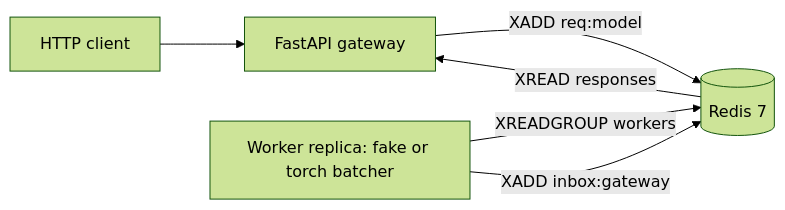
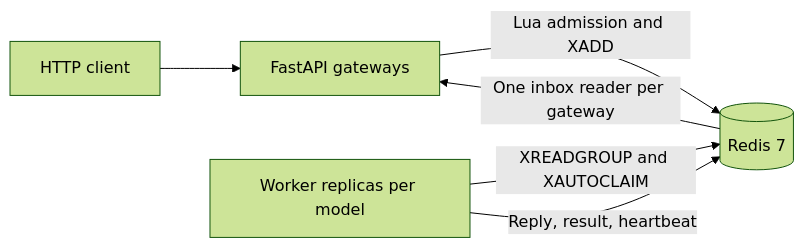
The first of 5 diagrams in docs/ARCHITECTURE.md (aashikazim/distributed-ml-Inference), drawn with Mermaid (forest theme) before and after one commit. The commit also changed other lines of this file and 15 other files, not shown here.

````diff
--- a/docs/ARCHITECTURE.md
+++ b/docs/ARCHITECTURE.md
@@ -10,8 +11,8 @@
 ```mermaid
 flowchart LR
-    C[HTTP client] --> G[FastAPI gateway]
-    G -->|XADD req:model| R[(Redis 7)]
-    W[Worker replica: fake or torch batcher] -->|XREADGROUP workers| R
-    W -->|XADD inbox:gateway| R
-    R -->|XREAD responses| G
+    C[HTTP client] --> G[FastAPI gateways]
+    G -->|Lua admission and XADD| R[(Redis 7)]
+    W[Worker replicas per model] -->|XREADGROUP and XAUTOCLAIM| R
+    W -->|Reply, result, heartbeat| R
+    R -->|One inbox reader per gateway| G
 ```
````
